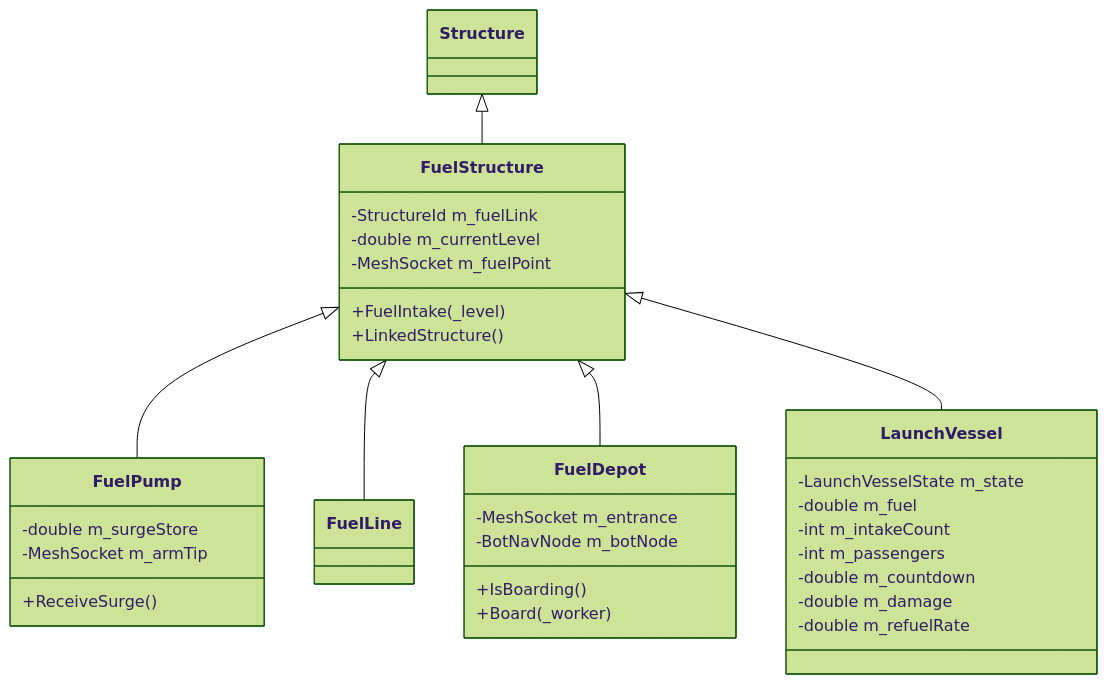
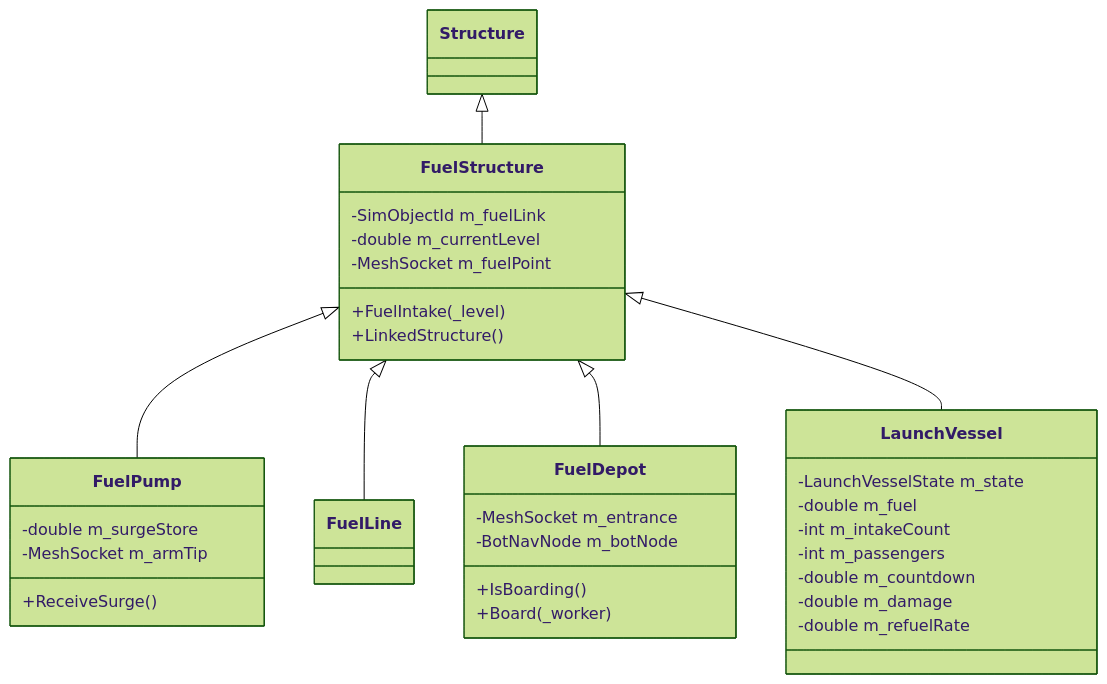
Before and after one commit to Zwaliebaba/Species.AI: the sixth of 6 diagrams in design_next/reference/03_buildings_and_world_objects/economy_and_spawn_objects.md, drawn with Mermaid (forest theme). The commit also changed other lines of this file and 50 other files, not shown here.

````diff
--- a/design_next/reference/03_buildings_and_world_objects/economy_and_spawn_objects.md
+++ b/design_next/reference/03_buildings_and_world_objects/economy_and_spawn_objects.md
@@ -426,35 +426,35 @@
 ```mermaid
 classDiagram
     Structure <|-- FuelStructure
     FuelStructure <|-- FuelPump
     FuelStructure <|-- FuelLine
     FuelStructure <|-- FuelDepot
     FuelStructure <|-- LaunchVessel
     class FuelStructure {
-        -StructureId m_fuelLink
+        -SimObjectId m_fuelLink
         -double m_currentLevel
         -MeshSocket m_fuelPoint
         +FuelIntake(_level)
         +LinkedStructure()
     }
     class FuelPump {
         -double m_surgeStore
         -MeshSocket m_armTip
         +ReceiveSurge()
     }
     class FuelDepot {
         -MeshSocket m_entrance
         -BotNavNode m_botNode
         +IsBoarding()
         +Board(_worker)
     }
     class LaunchVessel {
         -LaunchVesselState m_state
         -double m_fuel
         -int m_intakeCount
         -int m_passengers
         -double m_countdown
         -double m_damage
         -double m_refuelRate
     }
 ```
````
